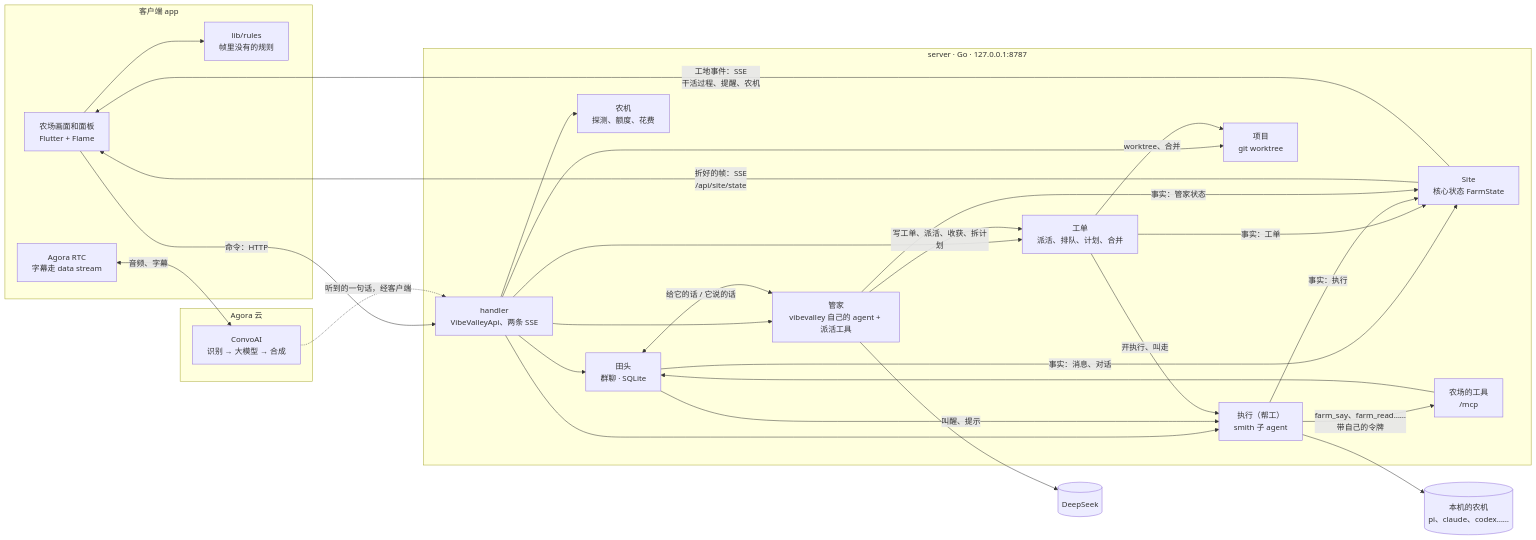
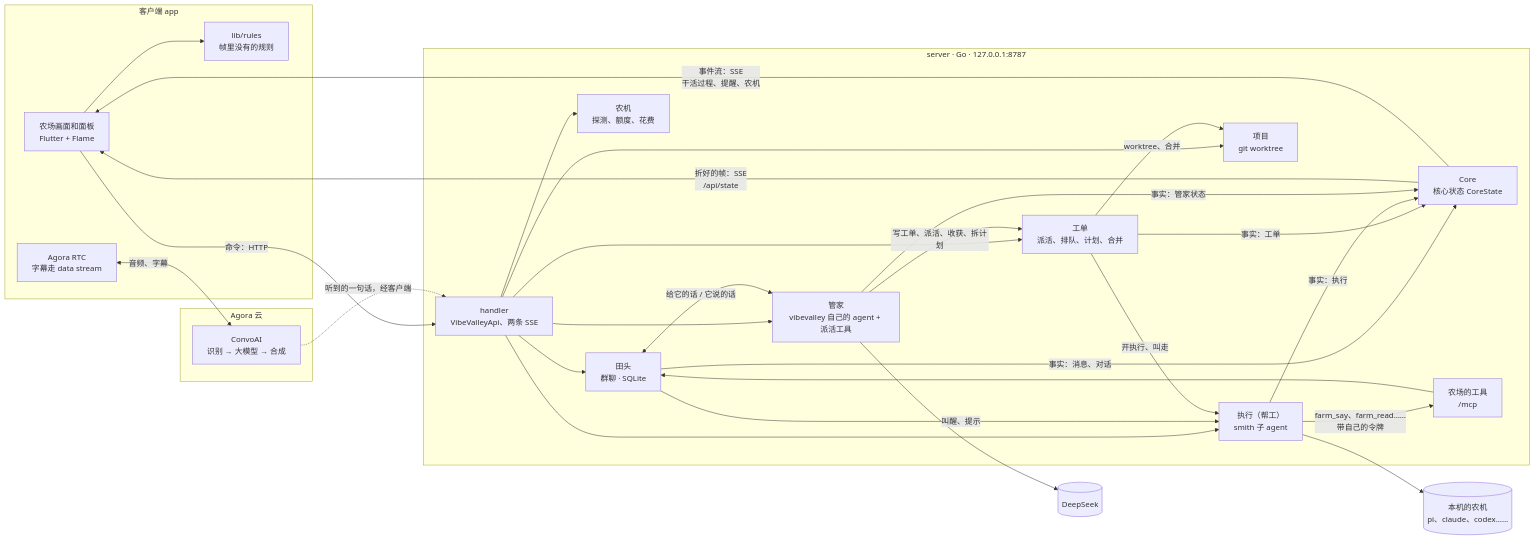
Before and after one commit to vibevalleyhq/vibevalley: the diagram in docs/architecture.md, drawn with Mermaid. The commit also changed other lines of this file and 651 other files, not shown here.

````diff
--- a/docs/architecture.md
+++ b/docs/architecture.md
@@ -5,48 +5,48 @@
 ```mermaid
 flowchart LR
   subgraph Client[客户端 app]
     UI[农场画面和面板<br/>Flutter + Flame]
     RULES[lib/rules<br/>帧里没有的规则]
     RTC[Agora RTC<br/>字幕走 data stream]
   end
 
   subgraph Server[server · Go · 127.0.0.1:8787]
     API[handler<br/>VibeValleyApi、两条 SSE]
-    SITE[Site<br/>核心状态 FarmState]
+    SITE[Core<br/>核心状态 CoreState]
     FM[管家<br/>vibevalley 自己的 agent + 派活工具]
     CHAT[田头<br/>群聊 · SQLite]
     MCP[农场的工具<br/>/mcp]
     TK[工单<br/>派活、排队、计划、合并]
     CREW[执行（帮工）<br/>smith 子 agent]
     PRJ[项目<br/>git worktree]
     RT[农机<br/>探测、额度、花费]
   end
 
   subgraph Agora[Agora 云]
     CAI[ConvoAI<br/>识别 → 大模型 → 合成]
   end
 
   AGENTS[(本机的农机<br/>pi、claude、codex……)]
   DS[(DeepSeek)]
 
   UI --> RULES
   UI -->|命令：HTTP| API
-  SITE -->|折好的帧：SSE<br/>/api/site/state| UI
-  SITE -->|工地事件：SSE<br/>干活过程、提醒、农机| UI
+  SITE -->|折好的帧：SSE<br/>/api/state| UI
+  SITE -->|事件流：SSE<br/>干活过程、提醒、农机| UI
   API --> CHAT & FM & TK & CREW & PRJ & RT
   CHAT <-->|给它的话 / 它说的话| FM
   CHAT -->|叫醒、提示| CREW
   CREW -->|farm_say、farm_read……<br/>带自己的令牌| MCP
   MCP --> CHAT
   FM -->|写工单、派活、收获、拆计划| TK
   TK -->|开执行、叫走| CREW
   TK -->|worktree、合并| PRJ
   CREW --> AGENTS
   FM --> DS
   CHAT -->|事实：消息、对话| SITE
   TK -->|事实：工单| SITE
   CREW -->|事实：执行| SITE
   FM -->|事实：管家状态| SITE
   RTC <-->|音频、字幕| CAI
   CAI -.->|听到的一句话，经客户端| API
 ```
````
